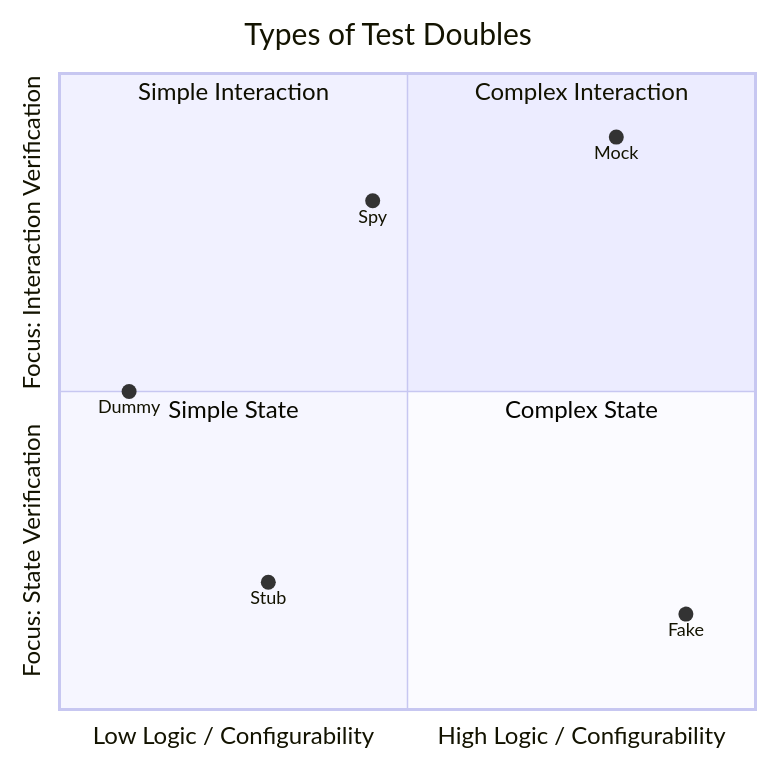
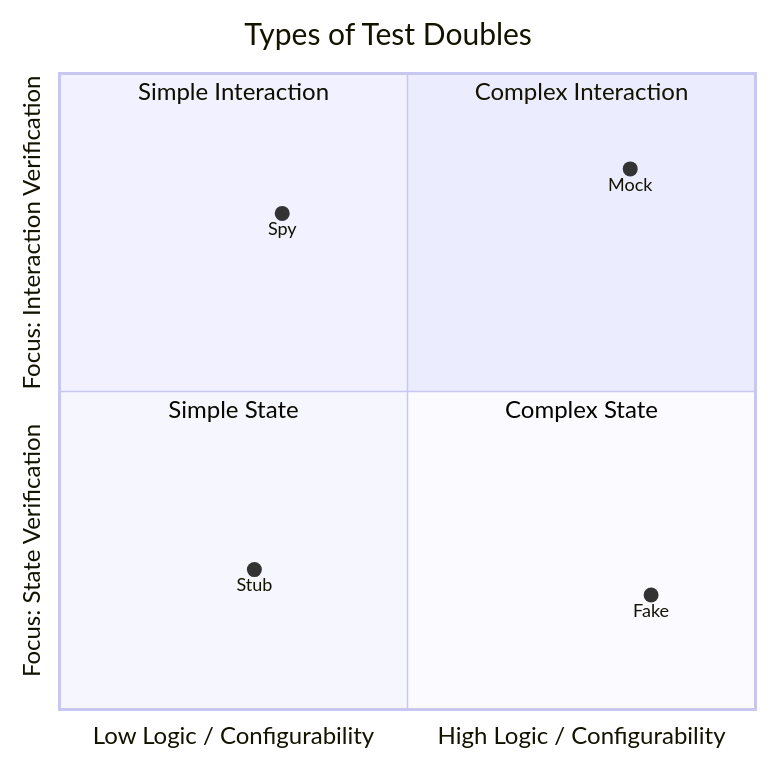
Before and after one commit to bitwizeshift/learning: the first of 2 diagrams in content/posts/glossary/test-double.md, drawn with Mermaid. The commit also changed other lines of this file, not shown here.

Commit message:
Rework test-double descriptions and flowchart

````diff
--- a/content/posts/glossary/test-double.md
+++ b/content/posts/glossary/test-double.md
@@ -51,16 +51,15 @@
 ```mermaid
 quadrantChart
   title Types of Test Doubles
   x-axis "Low Logic / Configurability" --> "High Logic / Configurability"
   y-axis "Focus: State Verification" --> "Focus: Interaction Verification"
   quadrant-1 "Complex Interaction"
   quadrant-2 "Simple Interaction"
   quadrant-3 "Simple State"
   quadrant-4 "Complex State"
 
-  Dummy: [0.1, 0.5]
-  Stub: [0.3, 0.2]
-  Spy: [0.45, 0.8]
-  Mock: [0.8, 0.9]
-  Fake: [0.9, 0.15]
+  Stub: [0.28, 0.22]
+  Fake: [0.85, 0.18]
+  Spy: [0.32, 0.78]
+  Mock: [0.82, 0.85]
 ```
````
